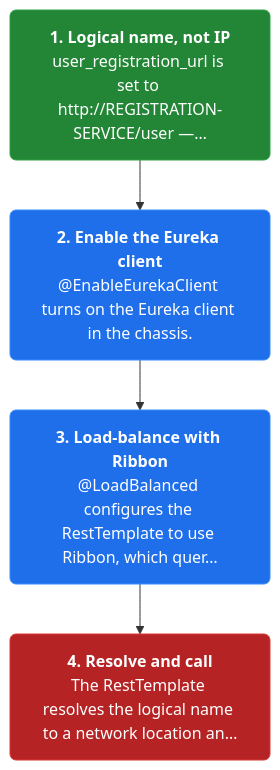
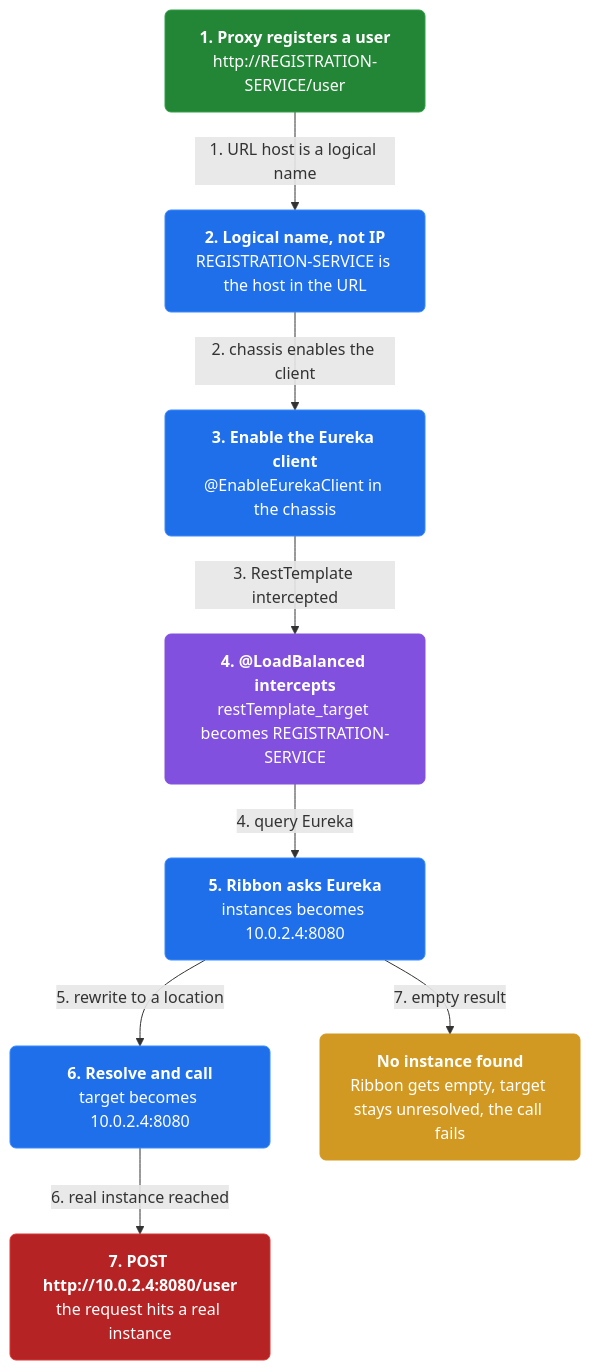
One commit to vinayakuber/microservices-io-study-guide changed the third of 4 diagrams in docs/ch09-client-side-discovery.md. Above: the diagram before and after it, drawn with Mermaid. The commit also changed other lines of this file and 46 other files, not shown here.

First line of the commit message:
Author rich branching flow diagrams for all 44 chapters

````diff
--- a/docs/ch09-client-side-discovery.md
+++ b/docs/ch09-client-side-discovery.md
@@ -100,13 +118,23 @@
 ```mermaid
 flowchart TD
-  classDef step fill:#1f6feb,color:#ffffff,stroke:#388bfd,stroke-width:1px,rx:6
+  classDef step fill:#1f6feb,color:#ffffff,stroke:#388bfd,rx:6
+  classDef core fill:#8250df,color:#ffffff,stroke:#8250df,rx:6
+  classDef warn fill:#d29922,color:#ffffff,stroke:#d29922,rx:6
   classDef start fill:#238636,color:#ffffff,stroke:#2ea043,rx:6
   classDef stop fill:#b62324,color:#ffffff,stroke:#da3633,rx:6
-  s2n0["<b>1. Logical name, not IP</b><br/>user_registration_url is set to http://REGISTRATION-SERVICE/user —…"]:::start
-  s2n1["<b>2. Enable the Eureka client</b><br/>@EnableEurekaClient turns on the Eureka client in the chassis."]:::step
-  s2n2["<b>3. Load-balance with Ribbon</b><br/>@LoadBalanced configures the RestTemplate to use Ribbon, which quer…"]:::step
-  s2n3["<b>4. Resolve and call</b><br/>The RestTemplate resolves the logical name to a network location an…"]:::stop
-  s2n0 --> s2n1
-  s2n1 --> s2n2
-  s2n2 --> s2n3
+  n0["<b>1. Proxy registers a user</b><br/>http://REGISTRATION-SERVICE/user"]:::start
+  n1["<b>2. Logical name, not IP</b><br/>REGISTRATION-SERVICE is the host in the URL"]:::step
+  n2["<b>3. Enable the Eureka client</b><br/>@EnableEurekaClient in the chassis"]:::step
+  n3["<b>4. @LoadBalanced intercepts</b><br/>restTemplate_target becomes REGISTRATION-SERVICE"]:::core
+  n4["<b>5. Ribbon asks Eureka</b><br/>instances becomes 10.0.2.4:8080"]:::step
+  n5["<b>6. Resolve and call</b><br/>target becomes 10.0.2.4:8080"]:::step
+  n6["<b>7. POST http://10.0.2.4:8080/user</b><br/>the request hits a real instance"]:::stop
+  n7["<b>No instance found</b><br/>Ribbon gets empty, target stays unresolved, the call fails"]:::warn
+  n0 -->|"1. URL host is a logical name"| n1
+  n1 -->|"2. chassis enables the client"| n2
+  n2 -->|"3. RestTemplate intercepted"| n3
+  n3 -->|"4. query Eureka"| n4
+  n4 -->|"5. rewrite to a location"| n5
+  n5 -->|"6. real instance reached"| n6
+  n4 -->|"7. empty result"| n7
 ```
````
